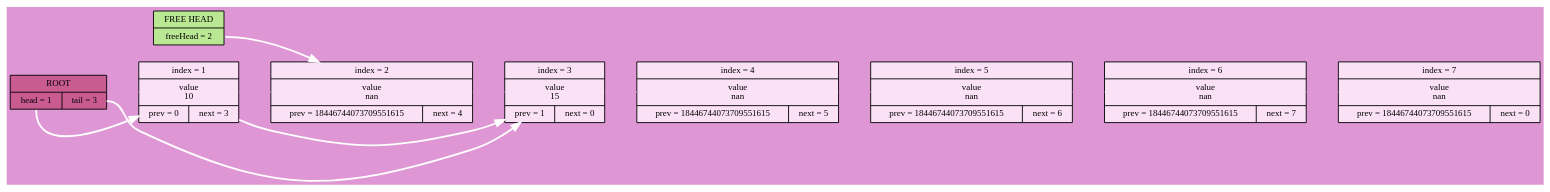
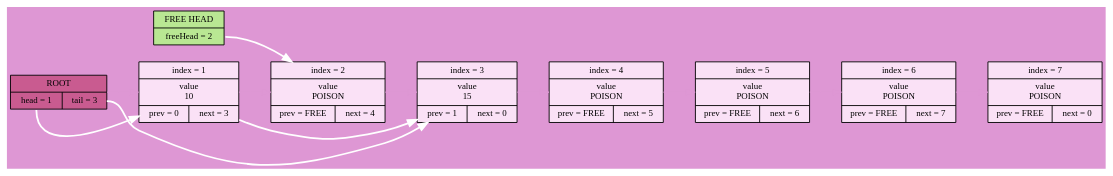
One commit to Wool5443/LinkedList changed the diagram in log/dot/iter6.dot. Above: the diagram before and after it, drawn with Graphviz. The commit also changed 38 other files, not shown here.

```diff
--- a/log/dot/iter6.dot
+++ b/log/dot/iter6.dot
@@ -1,20 +1,20 @@
 digraph
 {
 rankdir = LR;
 node[shape = record, color = "#000000", fontname = "Fira Code Bold", fontsize = 10];
 bgcolor = "#de97d4";
 ROOT[style = "filled", fillcolor = "#c95b90", label = "ROOT|{<head>head = 1|<tail>tail = 3}"];
 FREE_HEAD[style = "filled", fillcolor = "#b9e793", label = "FREE HEAD|<freeHead>freeHead = 2"];
 CELL_1[style = "filled", fillcolor = "#fae1f6", label = "index = 1|value\n10|{prev = 0|next = 3}"];
-CELL_2[style = "filled", fillcolor = "#fae1f6", label = "index = 2|value\nnan|{prev = 18446744073709551615|next = 4}"];
+CELL_2[style = "filled", fillcolor = "#fae1f6", label = "index = 2|value\nPOISON|{prev = FREE|next = 4}"];
 CELL_3[style = "filled", fillcolor = "#fae1f6", label = "index = 3|value\n15|{prev = 1|next = 0}"];
-CELL_4[style = "filled", fillcolor = "#fae1f6", label = "index = 4|value\nnan|{prev = 18446744073709551615|next = 5}"];
-CELL_5[style = "filled", fillcolor = "#fae1f6", label = "index = 5|value\nnan|{prev = 18446744073709551615|next = 6}"];
-CELL_6[style = "filled", fillcolor = "#fae1f6", label = "index = 6|value\nnan|{prev = 18446744073709551615|next = 7}"];
-CELL_7[style = "filled", fillcolor = "#fae1f6", label = "index = 7|value\nnan|{prev = 18446744073709551615|next = 0}"];
+CELL_4[style = "filled", fillcolor = "#fae1f6", label = "index = 4|value\nPOISON|{prev = FREE|next = 5}"];
+CELL_5[style = "filled", fillcolor = "#fae1f6", label = "index = 5|value\nPOISON|{prev = FREE|next = 6}"];
+CELL_6[style = "filled", fillcolor = "#fae1f6", label = "index = 6|value\nPOISON|{prev = FREE|next = 7}"];
+CELL_7[style = "filled", fillcolor = "#fae1f6", label = "index = 7|value\nPOISON|{prev = FREE|next = 0}"];
 ROOT->CELL_1->CELL_2->CELL_3->CELL_4->CELL_5->CELL_6->CELL_7 [weight = 1000000000, color = "#de97d4"];
 ROOT:head->CELL_1 [style = "bold", color = white];
 ROOT:tail->CELL_3 [style = "bold", color = white];
 CELL_1->CELL_3[style = "bold", color = white];
 FREE_HEAD:freeHead->CELL_2[style = "bold", color = white];
 }
```
